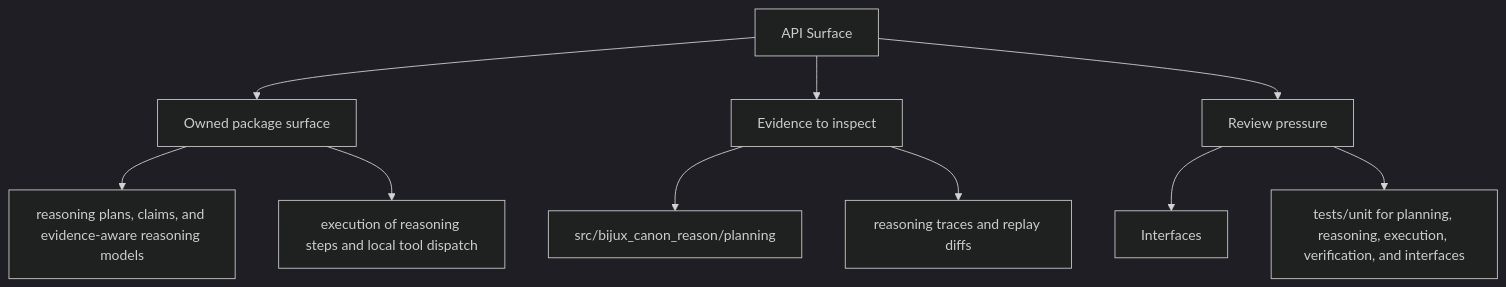
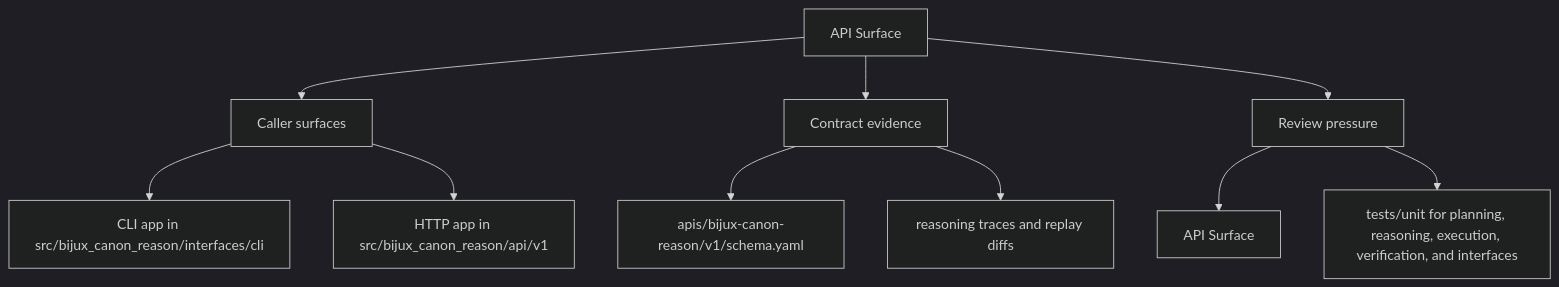
One commit to bijux/bijux-canon changed the second of 2 diagrams in docs/bijux-canon-reason/interfaces/api-surface.md. Above: the diagram before and after it, drawn with Mermaid (dark theme). The commit also changed other lines of this file and 250 other files, not shown here.

Commit message:
docs(diagrams): make product page maps more readable

````diff
--- a/docs/bijux-canon-reason/interfaces/api-surface.md
+++ b/docs/bijux-canon-reason/interfaces/api-surface.md
@@ -35,22 +35,22 @@
 ```mermaid
 flowchart TD
     page["API Surface"]
-    focus1["Owned package surface"]
+    focus1["Caller surfaces"]
     page --> focus1
-    focus1_1["reasoning plans, claims, and evidence-aware reasoning models"]
+    focus1_1["CLI app in src/bijux_canon_reason/interfaces/cli"]
     focus1 --> focus1_1
-    focus1_2["execution of reasoning steps and local tool dispatch"]
+    focus1_2["HTTP app in src/bijux_canon_reason/api/v1"]
     focus1 --> focus1_2
-    focus2["Evidence to inspect"]
+    focus2["Contract evidence"]
     page --> focus2
-    focus2_1["src/bijux_canon_reason/planning"]
+    focus2_1["apis/bijux-canon-reason/v1/schema.yaml"]
     focus2 --> focus2_1
     focus2_2["reasoning traces and replay diffs"]
     focus2 --> focus2_2
     focus3["Review pressure"]
     page --> focus3
-    focus3_1["Interfaces"]
+    focus3_1["API Surface"]
     focus3 --> focus3_1
     focus3_2["tests/unit for planning, reasoning, execution, verification, and interfaces"]
     focus3 --> focus3_2
 ```
````
